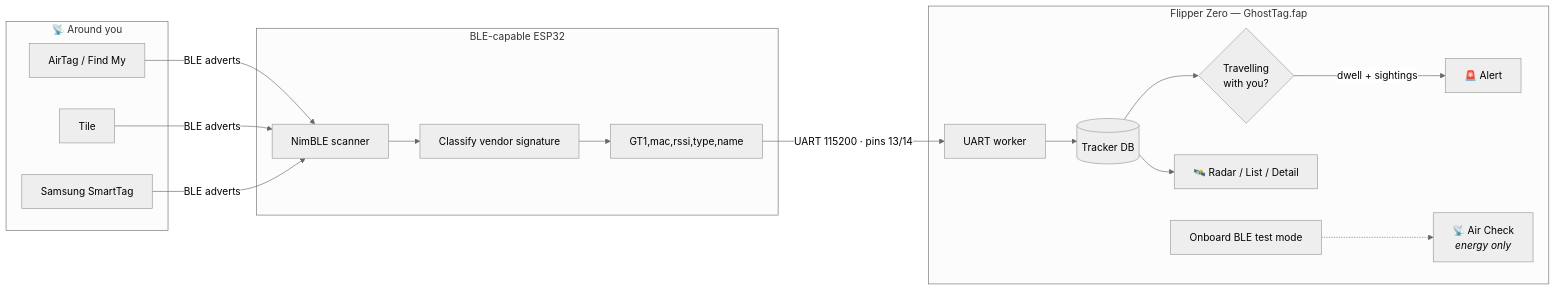
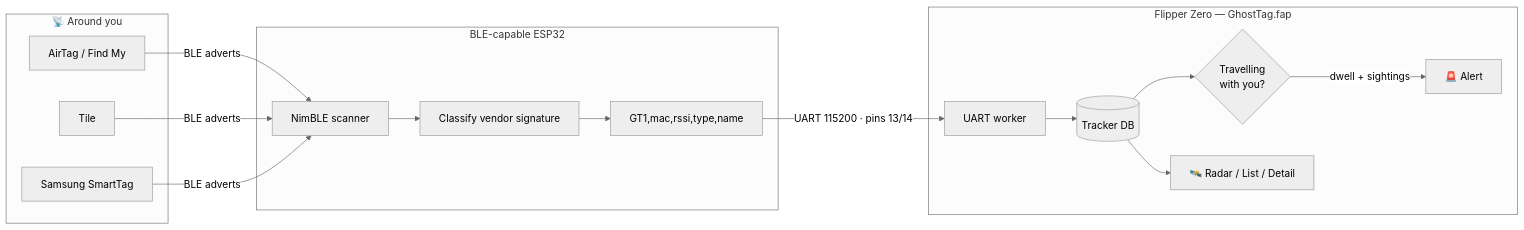
The diagram in README.md (RogueMaster/flipperzero-firmware-wPlugins), drawn with Mermaid (neutral theme) before and after one commit. The commit also changed other lines of this file and 28 other files, not shown here.

````diff
--- a/README.md
+++ b/README.md
@@ -100,24 +103,23 @@
 ```mermaid
 flowchart LR
     subgraph AIR["📡 Around you"]
       A["AirTag / Find My"]
       T["Tile"]
       S["Samsung SmartTag"]
     end
     A & T & S -- "BLE adverts" --> E
 
     subgraph BOARD["BLE-capable ESP32"]
       E["NimBLE scanner"] --> C["Classify vendor signature"]
       C --> P["GT1,mac,rssi,type,name"]
     end
 
     P -- "UART 115200 · pins 13/14" --> U
 
     subgraph FLIP["Flipper Zero — GhostTag.fap"]
       U["UART worker"] --> DB[("Tracker DB")]
       DB --> HEU{"Travelling<br/>with you?"}
       HEU -->|"dwell + sightings"| AL["🚨 Alert"]
       DB --> RAD["🛰️ Radar / List / Detail"]
-      RADIO["Onboard BLE test mode"] -.-> AIRC["📡 Air Check<br/><i>energy only</i>"]
     end
 ```
````
